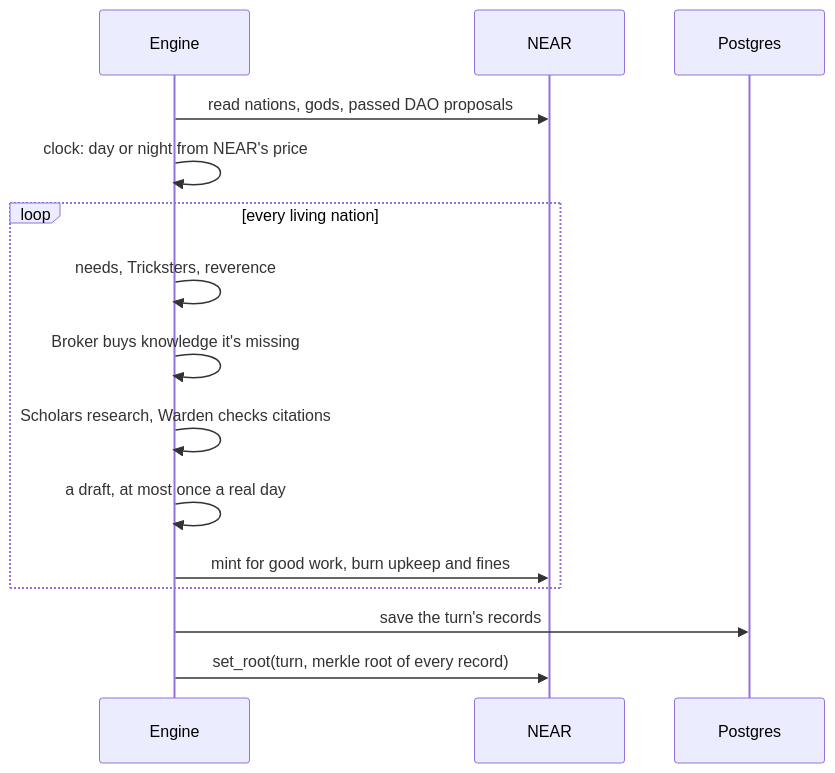
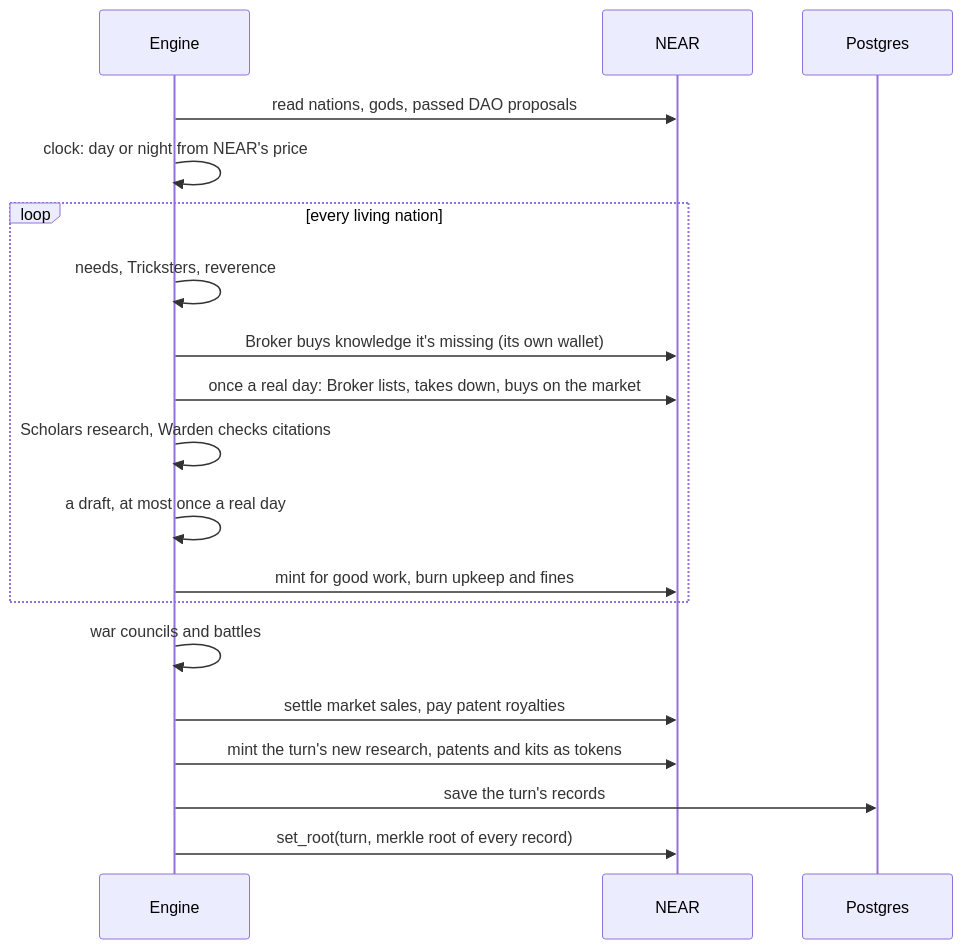
Before and after one commit to cnpierrepapi/adfontes: the third of 3 diagrams in README.md, drawn with Mermaid. The commit also changed other lines of this file, not shown here.

Commit message:
README: the agents' own wallets, research as NEP-245 tokens, the marketplace and patent royalties, named nation accounts, play without a wallet, the season world and what the god simulation showed; diagrams, pieces, on-chain table and test counts brought up to date

````diff
--- a/README.md
+++ b/README.md
@@ -96,17 +132,21 @@
 ```mermaid
 sequenceDiagram
   participant E as Engine
   participant N as NEAR
   participant DB as Postgres
   E->>N: read nations, gods, passed DAO proposals
   E->>E: clock: day or night from NEAR's price
   loop every living nation
     E->>E: needs, Tricksters, reverence
-    E->>E: Broker buys knowledge it's missing
+    E->>N: Broker buys knowledge it's missing (its own wallet)
+    E->>N: once a real day: Broker lists, takes down, buys on the market
     E->>E: Scholars research, Warden checks citations
     E->>E: a draft, at most once a real day
     E->>N: mint for good work, burn upkeep and fines
   end
+  E->>E: war councils and battles
+  E->>N: settle market sales, pay patent royalties
+  E->>N: mint the turn's new research, patents and kits as tokens
   E->>DB: save the turn's records
   E->>N: set_root(turn, merkle root of every record)
 ```
````
